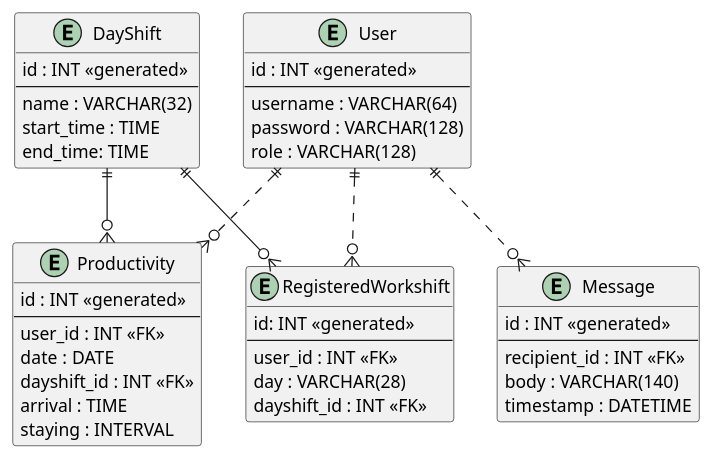
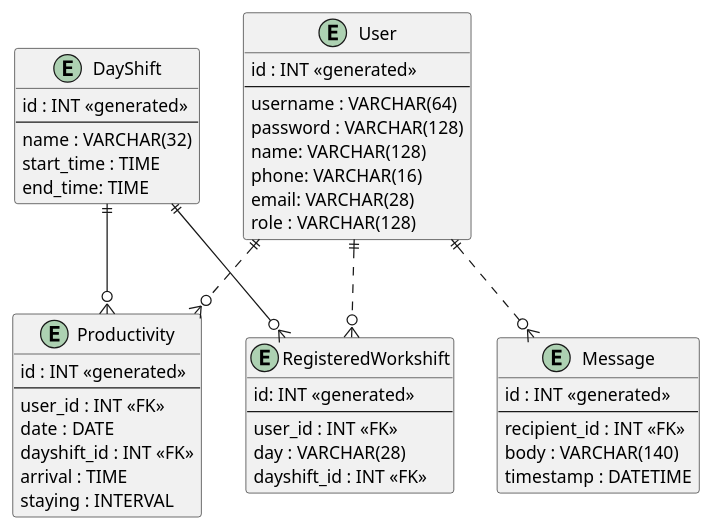
Before and after one commit to LapTQ/MCT: the diagram in docs/UML/Database Design/ERD.pu, drawn with PlantUML. The commit also changed 58 other files, not shown here.

Commit message:
update UML

```diff
--- a/docs/UML/Database Design/ERD.pu
+++ b/docs/UML/Database Design/ERD.pu
@@ -1,51 +1,54 @@
 @startuml
 
 entity User {
     id : INT <<generated>>
     --
     username : VARCHAR(64)
     password : VARCHAR(128)
+    name: VARCHAR(128)
+    phone: VARCHAR(16)
+    email: VARCHAR(28)
     role : VARCHAR(128)
 }
 
 entity DayShift {
     id : INT <<generated>>
     --
     name : VARCHAR(32)
     start_time : TIME
     end_time: TIME
 }
 
 entity RegisteredWorkshift {
     id: INT <<generated>>
     --
     user_id : INT <<FK>>
     day : VARCHAR(28)
     dayshift_id : INT <<FK>>
 }
 
 entity Message {
     id : INT <<generated>>
     --
     recipient_id : INT <<FK>>
     body : VARCHAR(140)
     timestamp : DATETIME
 }
 
 entity Productivity {
     id : INT <<generated>>
     --
     user_id : INT <<FK>>
     date : DATE
     dayshift_id : INT <<FK>>
     arrival : TIME
     staying : INTERVAL
 }
 
 User ||..o{ RegisteredWorkshift
 User ||..o{ Message
 User ||..o{ Productivity
 DayShift ||--o{ RegisteredWorkshift
 DayShift ||--o{ Productivity
 
 @enduml
```
